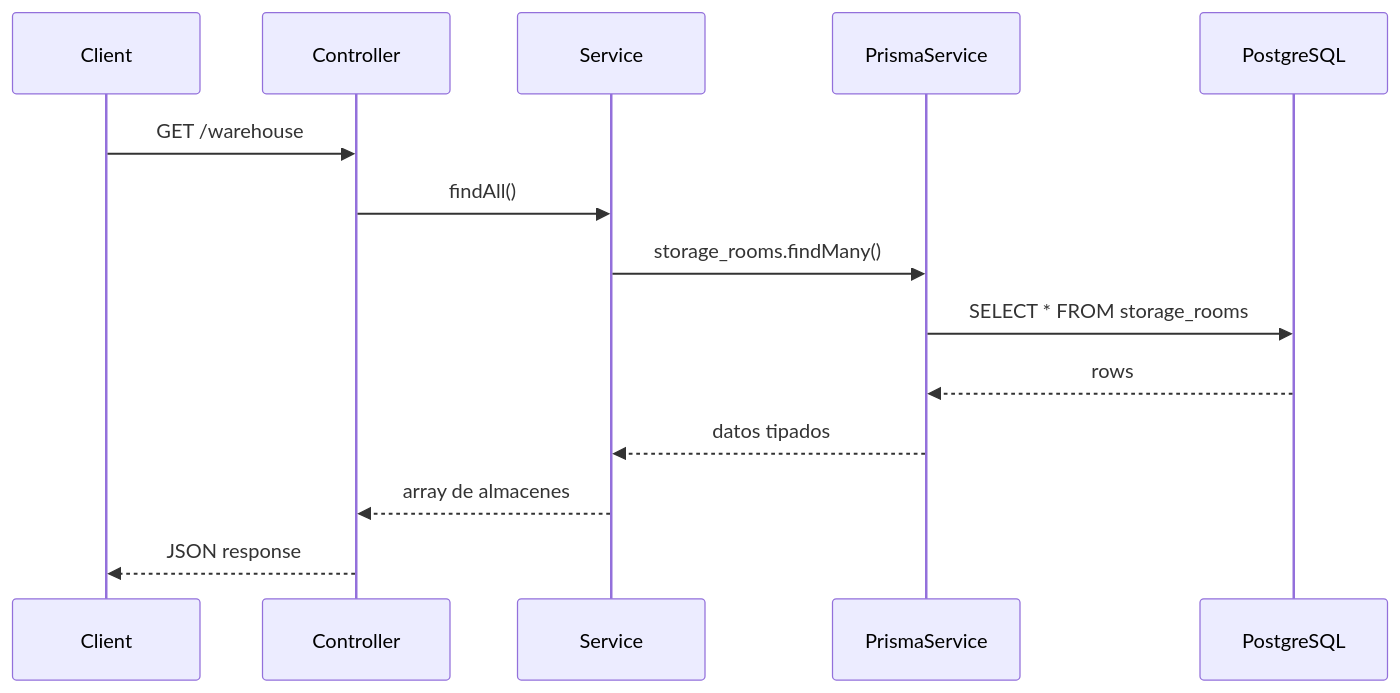
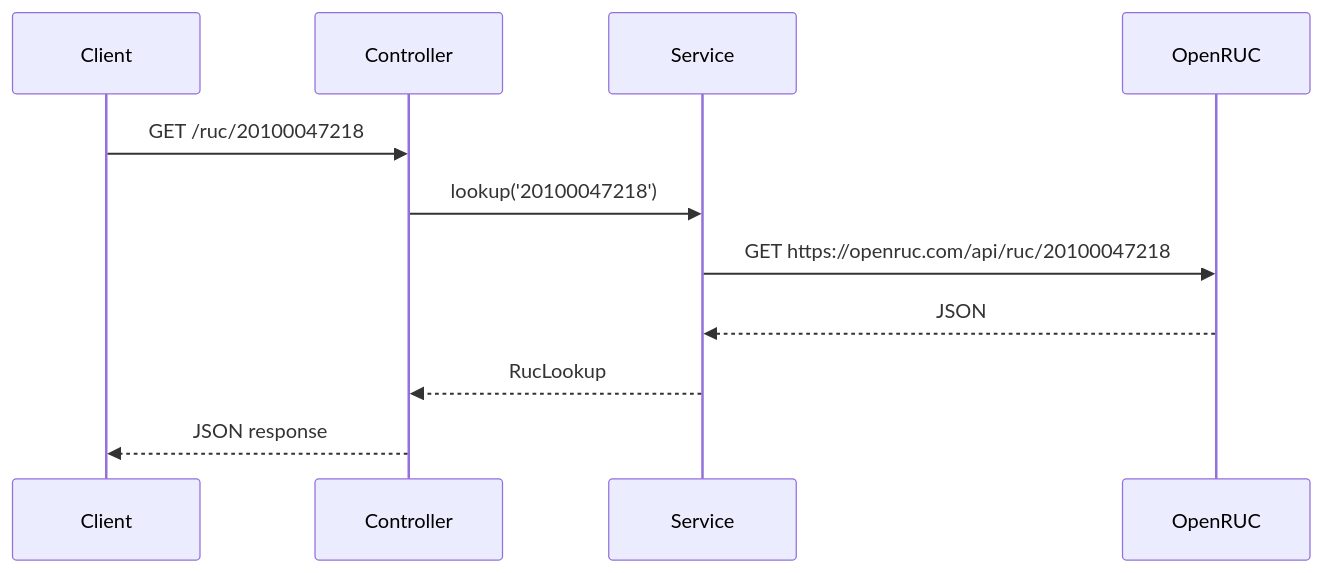
Before and after one commit to TURTLE-URP/TURTLE-Backend: the second of 2 diagrams in docs/03-arquitectura.md, drawn with Mermaid. The commit also changed other lines of this file and 14 other files, not shown here.

````diff
--- a/docs/03-arquitectura.md
+++ b/docs/03-arquitectura.md
@@ -107,11 +86,9 @@
 ```mermaid
 sequenceDiagram
-    Client->>Controller: GET /warehouse
-    Controller->>Service: findAll()
-    Service->>PrismaService: storage_rooms.findMany()
-    PrismaService->>PostgreSQL: SELECT * FROM storage_rooms
-    PostgreSQL-->>PrismaService: rows
-    PrismaService-->>Service: datos tipados
-    Service-->>Controller: array de almacenes
+    Client->>Controller: GET /ruc/20100047218
+    Controller->>Service: lookup('20100047218')
+    Service->>OpenRUC: GET https://openruc.com/api/ruc/20100047218
+    OpenRUC-->>Service: JSON
+    Service-->>Controller: RucLookup
     Controller-->>Client: JSON response
 ```
````
